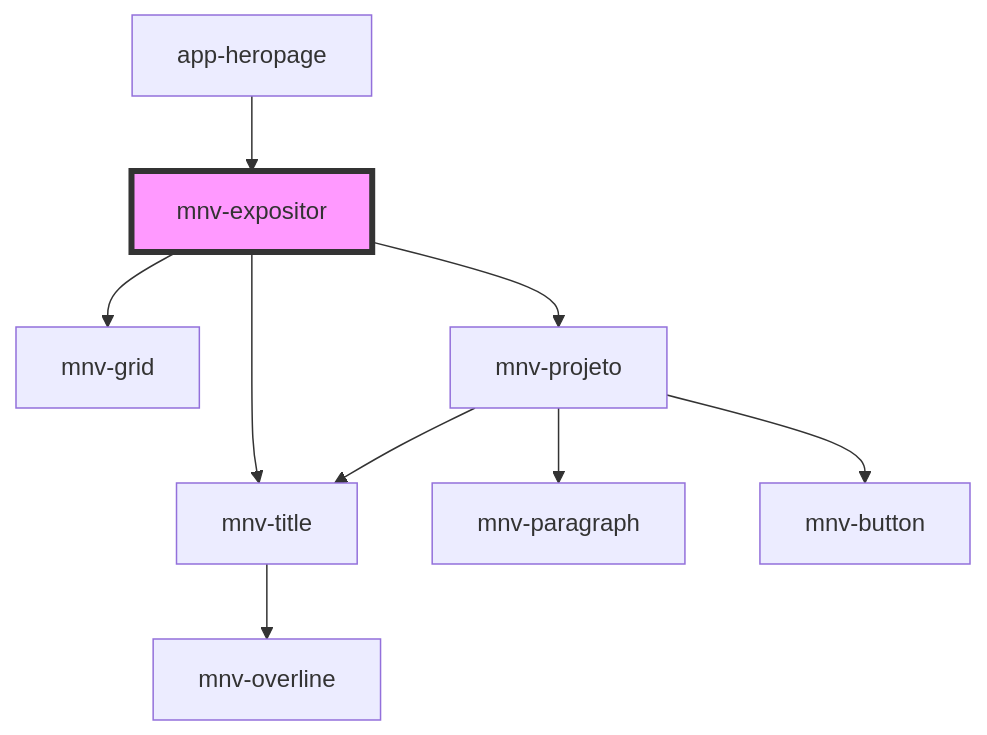
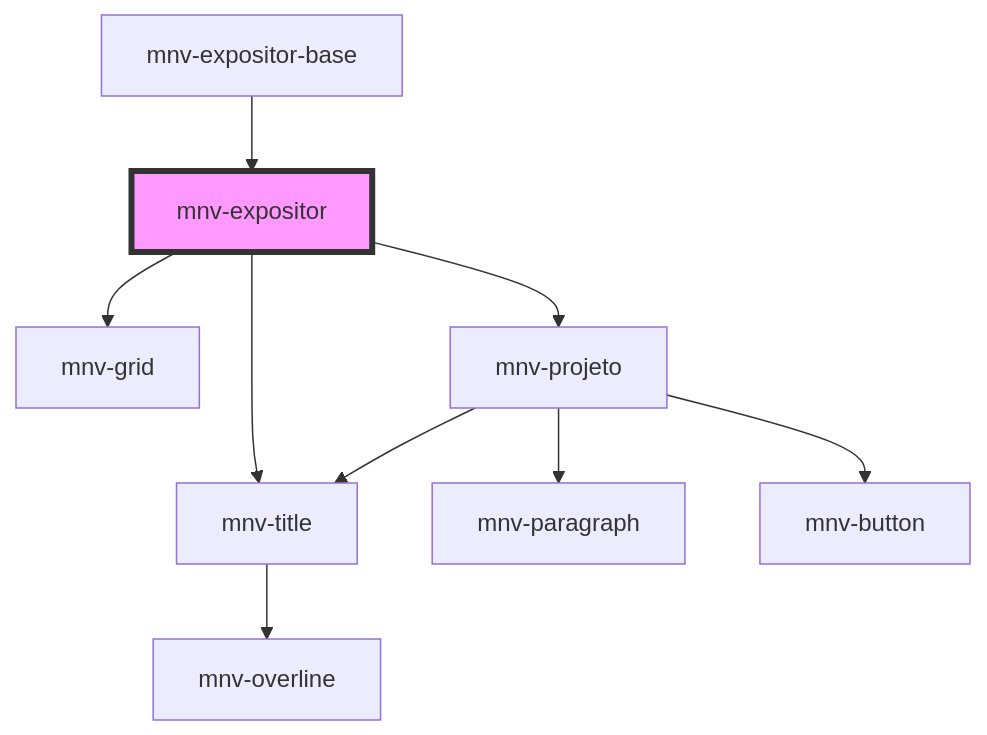
One commit to rafaela-vairo/ufrj-sustainable changed the diagram in src/components/sections/expositor/mnv-expositor/readme.md. Above: the diagram before and after it, drawn with Mermaid. The commit also changed other lines of this file and 41 other files, not shown here.

````diff
--- a/src/components/sections/expositor/mnv-expositor/readme.md
+++ b/src/components/sections/expositor/mnv-expositor/readme.md
@@ -31,12 +31,12 @@
 ```mermaid
 graph TD;
   mnv-expositor --> mnv-grid
   mnv-expositor --> mnv-title
   mnv-expositor --> mnv-projeto
   mnv-title --> mnv-overline
   mnv-projeto --> mnv-title
   mnv-projeto --> mnv-paragraph
   mnv-projeto --> mnv-button
-  app-heropage --> mnv-expositor
+  mnv-expositor-base --> mnv-expositor
   style mnv-expositor fill:#f9f,stroke:#333,stroke-width:4px
 ```
````
